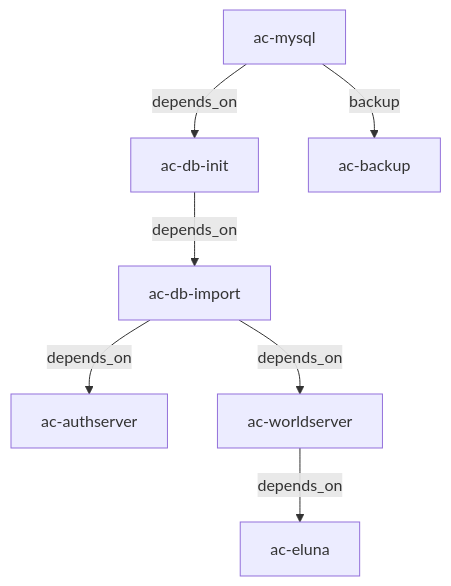
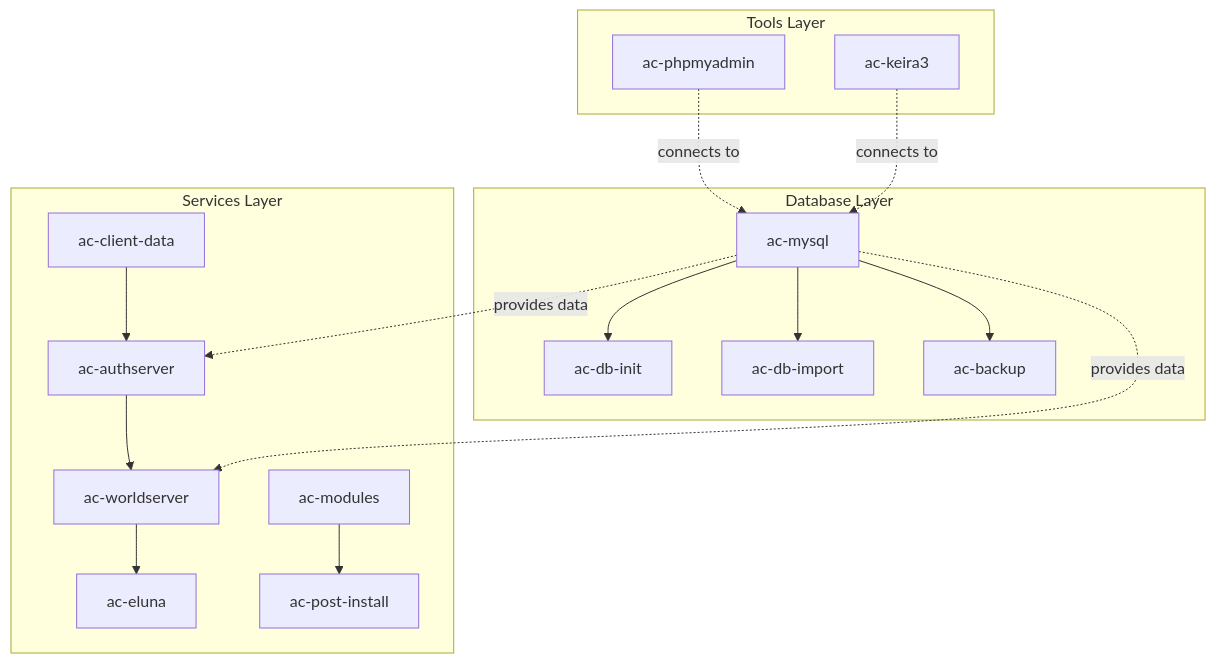
The diagram in readme.md (uprightbass360/acore-compose), drawn with Mermaid before and after one commit. The commit also changed other lines of this file and 2 other files, not shown here.

Commit message:
update dependency graph

````diff
--- a/readme.md
+++ b/readme.md
@@ -141,9 +147,43 @@
 ```mermaid
 graph TD
-    A[ac-mysql] -->|depends_on| B[ac-db-init]
-    B -->|depends_on| C[ac-db-import]
-    C -->|depends_on| D[ac-authserver]
-    C -->|depends_on| E[ac-worldserver]
-    E -->|depends_on| F[ac-eluna]
-    A -->|backup| G[ac-backup]
+    %% Database Layer
+    A[ac-mysql] --> B[ac-db-init]
+    A --> C[ac-db-import]
+    A --> D[ac-backup]
+
+    %% Services Layer
+    E[ac-client-data] --> F[ac-authserver]
+    F --> G[ac-worldserver]
+    G --> H[ac-eluna]
+    I[ac-modules] --> J[ac-post-install]
+
+    %% Tools Layer (External)
+    K[ac-phpmyadmin] -.->|connects to| A
+    L[ac-keira3] -.->|connects to| A
+
+    %% Database dependencies
+    A -.->|provides data| F
+    A -.->|provides data| G
+
+    %% Layer grouping
+    subgraph "Database Layer"
+        A
+        B
+        C
+        D
+    end
+
+    subgraph "Services Layer"
+        E
+        F
+        G
+        H
+        I
+        J
+    end
+
+    subgraph "Tools Layer"
+        K
+        L
+    end
 ```
````
